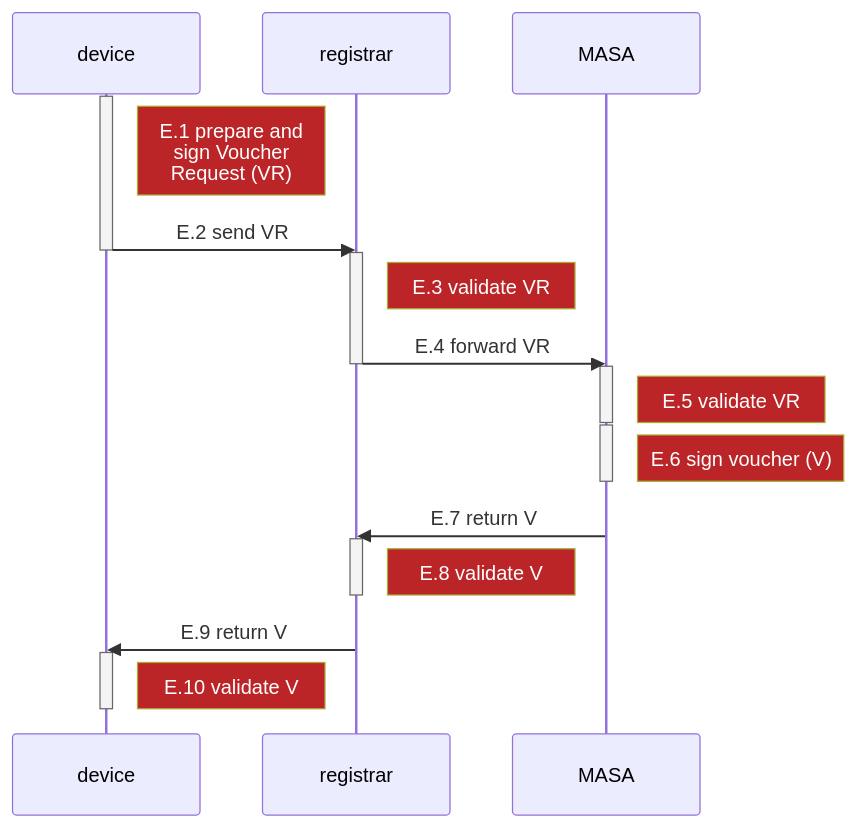
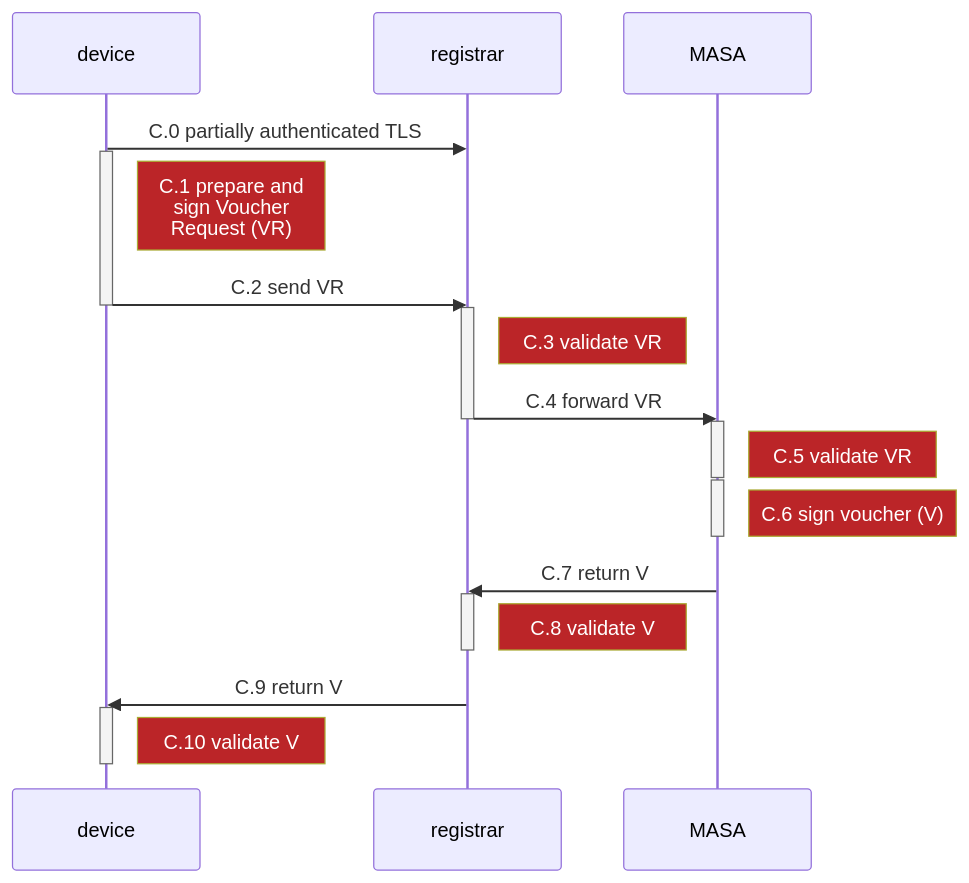
Before and after one commit to nqminds/trustnetz: the third of 6 diagrams in packages/docusaurus/docs/build5-docs/20-prot-overview.md, drawn with Mermaid. The commit also changed other lines of this file and 2 other files, not shown here.

````diff
--- a/packages/docusaurus/docs/build5-docs/20-prot-overview.md
+++ b/packages/docusaurus/docs/build5-docs/20-prot-overview.md
@@ -183,50 +184,51 @@
 ```mermaid
   %%{init: {
     'themeVariables': {
       'noteBkgColor': '#BB2528',
       'noteTextColor': '#fff'
     }
   }
 }%%
 
 %%{init:{'themeCSS': 'g:nth-of-type(1) .note { stroke:blue;fill: crimson; }; ' }}%%
  
     
 sequenceDiagram
     participant device
     participant registrar
     participant MASA
    
+    device->>registrar: C.0 partially authenticated TLS 
     activate device 
-    Note right of device: E.1 prepare and <br> sign Voucher<br> Request (VR)
-    device->>-registrar: E.2 send VR
+    Note right of device: C.1 prepare and <br> sign Voucher<br> Request (VR)
+    device->>-registrar: C.2 send VR
   
   	activate registrar    
-    Note right of registrar: E.3 validate VR
-    registrar->>-MASA: E.4 forward VR
+    Note right of registrar:C.3 validate VR
+    registrar->>-MASA: C.4 forward VR
     
     activate MASA
-    Note right of MASA: E.5 validate VR
+    Note right of MASA: C.5 validate VR
     deactivate MASA
   
     activate MASA
-    Note right of MASA: E.6 sign voucher (V)
+    Note right of MASA:C.6 sign voucher (V)
     deactivate MASA
   
     
     
- 	MASA->>registrar : E.7 return V
+ 	MASA->>registrar :C.7 return V
  	
  	activate registrar
-    Note right of registrar: E.8 validate V
+    Note right of registrar:C.8 validate V
     deactivate registrar
     
-    registrar->>device : E.9 return V
+    registrar->>device : C.9 return V
     
     activate device 
-    Note right of device: E.10 validate V
+    Note right of device:C.10 validate V
     deactivate device 
         
     
 
 ```
````
